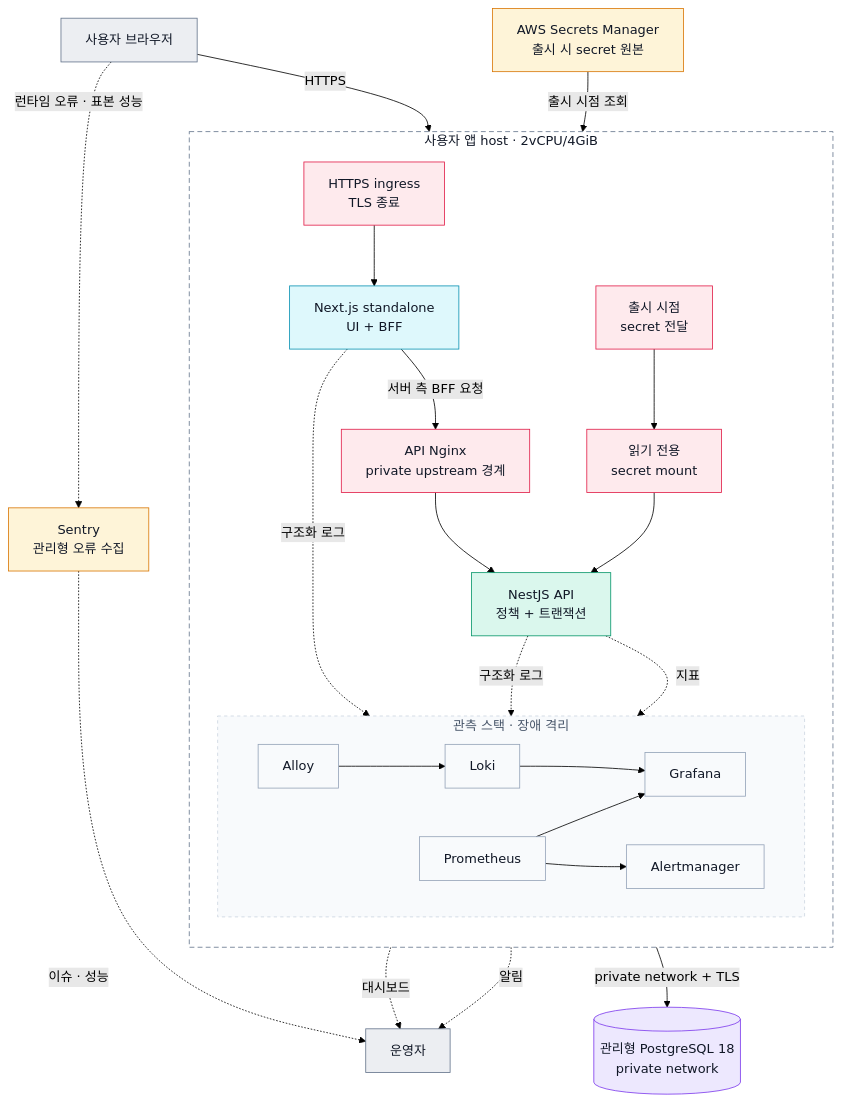
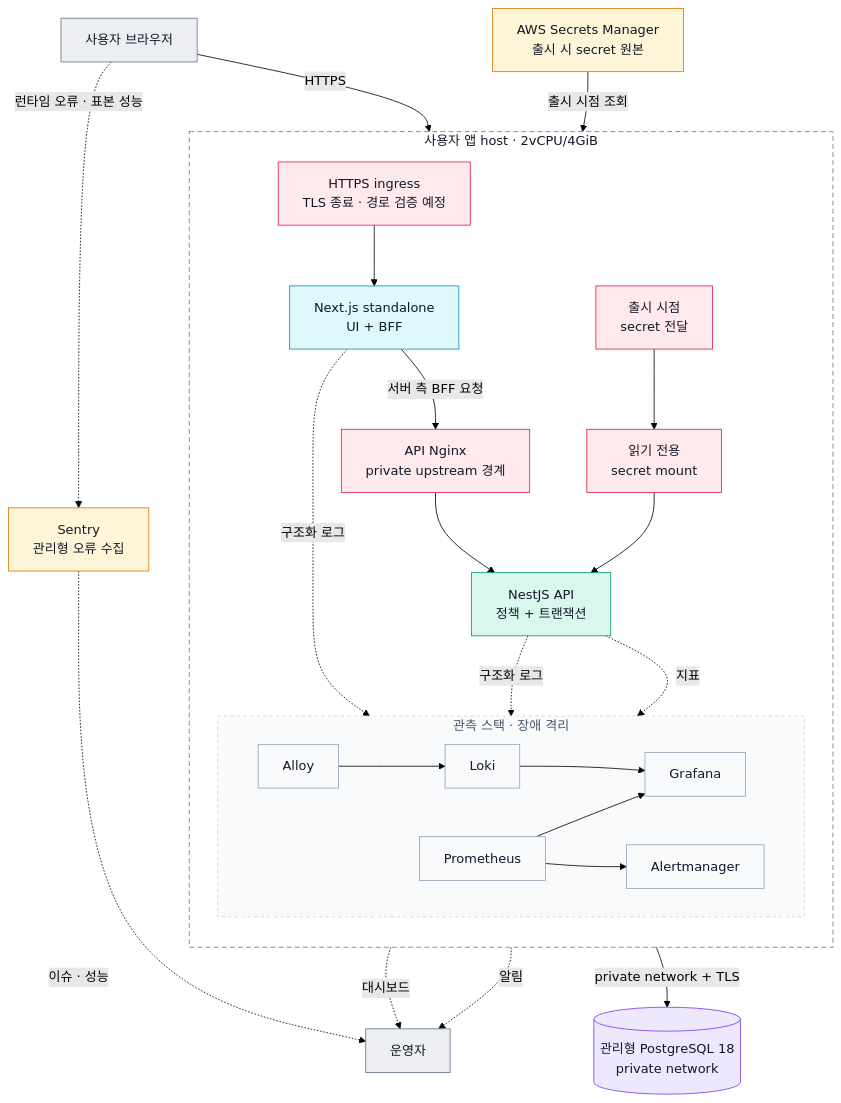
Before and after one commit to woohyun365/dormduri: the diagram in docs/architecture/platform/production-runtime-topology.md, drawn with Mermaid (forest theme). The commit also changed other lines of this file and 5 other files, not shown here.

````diff
--- a/docs/architecture/platform/production-runtime-topology.md
+++ b/docs/architecture/platform/production-runtime-topology.md
@@ -73,58 +74,58 @@
 ```mermaid
 flowchart TB
     Browser[사용자 브라우저]:::external
     Secrets[AWS Secrets Manager<br/>출시 시 secret 원본]:::cloud
     RDS[(관리형 PostgreSQL 18<br/>private network)]:::database
     Sentry[Sentry<br/>관리형 오류 수집]:::cloud
     Operator[운영자]:::external
 
     subgraph UserHost[사용자 앱 host · 2vCPU/4GiB]
         direction TB
-        Ingress[HTTPS ingress<br/>TLS 종료]:::security
+        Ingress[HTTPS ingress<br/>TLS 종료 · 경로 검증 예정]:::security
         Web[Next.js standalone<br/>UI + BFF]:::frontend
         ApiIngress[API Nginx<br/>private upstream 경계]:::security
         API[NestJS API<br/>정책 + 트랜잭션]:::backend
         SecretDelivery[출시 시점<br/>secret 전달]:::security
         SecretMount[읽기 전용<br/>secret mount]:::security
 
         subgraph Observability[관측 스택 · 장애 격리]
             direction LR
             Alloy[Alloy]:::ops
             Loki[Loki]:::ops
             Prometheus[Prometheus]:::ops
             Grafana[Grafana]:::ops
             Alertmanager[Alertmanager]:::ops
         end
 
         Ingress --> Web
         Web -->|서버 측 BFF 요청| ApiIngress
         ApiIngress --> API
         SecretDelivery --> SecretMount
         SecretMount --> API
         Web -. 구조화 로그 .-> Alloy
         API -. 구조화 로그 .-> Alloy
         Alloy --> Loki
         API -. 지표 .-> Prometheus
         Loki --> Grafana
         Prometheus --> Grafana
         Prometheus --> Alertmanager
     end
 
     Browser -->|HTTPS| Ingress
     Browser -. 런타임 오류 · 표본 성능 .-> Sentry
     Secrets -->|출시 시점 조회| SecretDelivery
     API -->|private network + TLS| RDS
     Grafana -. 대시보드 .-> Operator
     Alertmanager -. 알림 .-> Operator
     Sentry -. 이슈 · 성능 .-> Operator
 
     classDef frontend fill:#def8fc,stroke:#0891b2,color:#111827
     classDef backend fill:#daf7ed,stroke:#059669,color:#111827
     classDef database fill:#ede8fe,stroke:#7c3aed,color:#111827
     classDef cloud fill:#fef4d8,stroke:#d97706,color:#111827
     classDef security fill:#feeaed,stroke:#e11d48,color:#111827
     classDef external fill:#eceef2,stroke:#64748b,color:#111827
     classDef ops fill:#f8fafc,stroke:#94a3b8,color:#111827
     style UserHost fill:#ffffff,stroke:#64748b,stroke-dasharray:6 4,color:#111827
     style Observability fill:#f8fafc,stroke:#cbd5e1,stroke-dasharray:4 4,color:#475569
 ```
````
